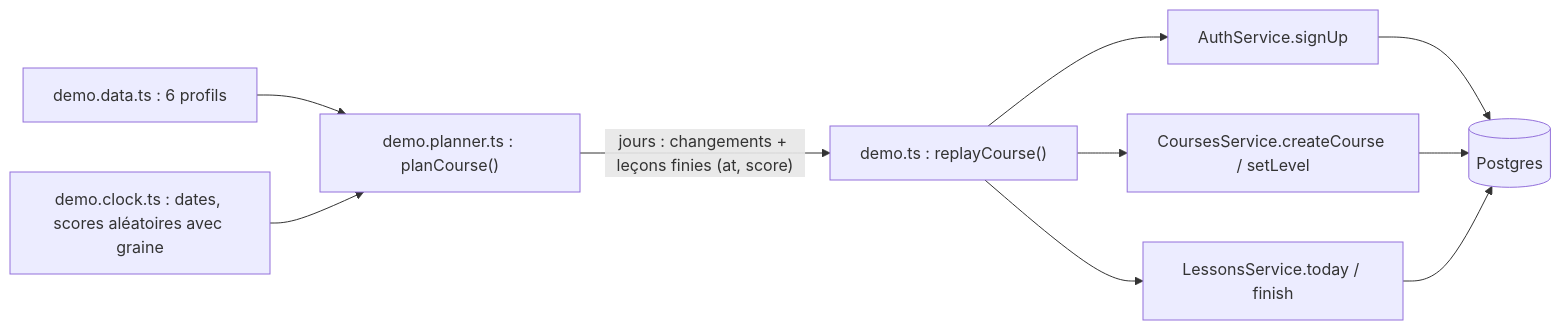
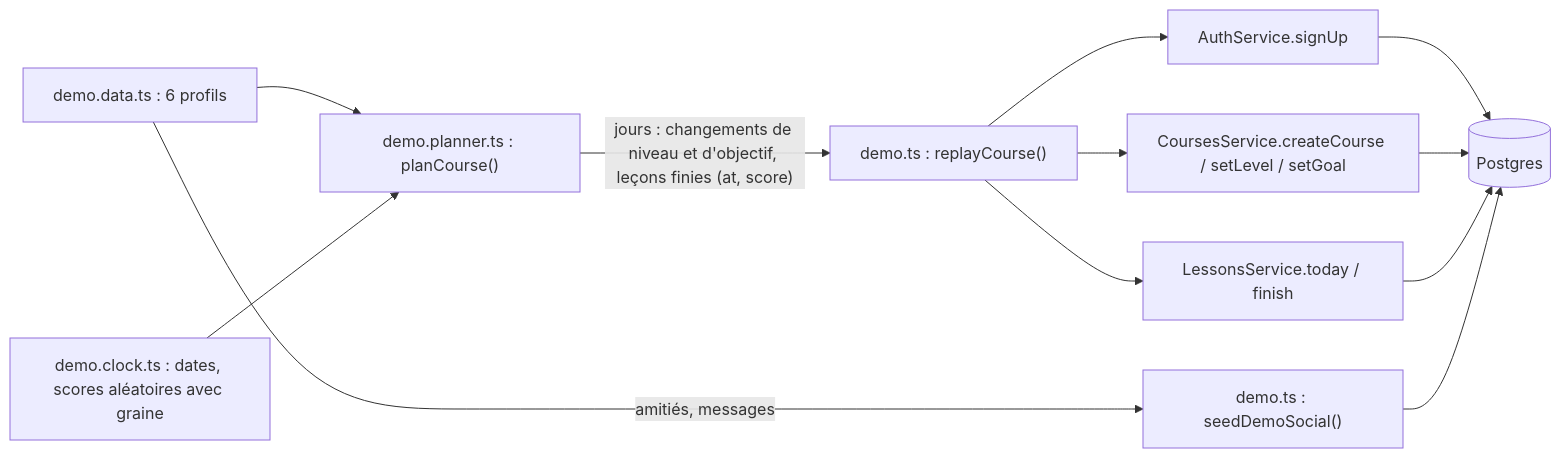
One commit to VictorBro/ft_transcendence changed the ninth of 9 diagrams in docs-fr/api/09-social-and-realtime.md. Above: the diagram before and after it, drawn with Mermaid. The commit also changed other lines of this file and 223 other files, not shown here.

````diff
--- a/docs-fr/api/09-social-and-realtime.md
+++ b/docs-fr/api/09-social-and-realtime.md
@@ -1343,12 +1414,14 @@
 ```mermaid
 flowchart LR
     DATA["demo.data.ts : 6 profils"] --> PLAN["demo.planner.ts : planCourse()"]
     CLOCK["demo.clock.ts : dates, scores aléatoires avec graine"] --> PLAN
-    PLAN -->|"jours : changements + leçons finies (at, score)"| REPLAY["demo.ts : replayCourse()"]
+    PLAN -->|"jours : changements de niveau et d'objectif, leçons finies (at, score)"| REPLAY["demo.ts : replayCourse()"]
     REPLAY --> AUTH["AuthService.signUp"]
-    REPLAY --> COURSES["CoursesService.createCourse / setLevel"]
+    REPLAY --> COURSES["CoursesService.createCourse / setLevel / setGoal"]
     REPLAY --> LESSONS["LessonsService.today / finish"]
+    DATA -->|"amitiés, messages"| SOCIAL["demo.ts : seedDemoSocial()"]
     AUTH --> DB[("Postgres")]
     COURSES --> DB
     LESSONS --> DB
+    SOCIAL --> DB
 ```
````
